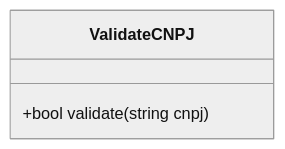
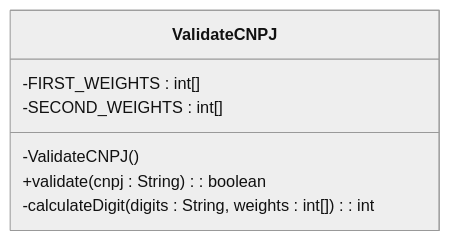
The diagram in ValidateCNPJ/validate-cnpj-class.uml.mermaid (RenatoGarciaLopes/JavaIradoNoTxt), drawn with Mermaid (neutral theme) before and after one commit. The commit also changed 5 other files, not shown here.

Commit message:
feat: criei as classes ValidateCPF e ValidateCNPJ, para validar cpf e cnpj, respectivamente

```diff
--- a/ValidateCNPJ/validate-cnpj-class.uml.mermaid
+++ b/ValidateCNPJ/validate-cnpj-class.uml.mermaid
@@ -1,2 +1,8 @@
 classDiagram
-    ValidateCNPJ : +bool validate(string cnpj)
+class ValidateCNPJ {
+    -FIRST_WEIGHTS : int[]
+    -SECOND_WEIGHTS : int[]
+    -ValidateCNPJ()
+    +validate(cnpj : String) : boolean
+    -calculateDigit(digits : String, weights : int[]) : int
+}
```
